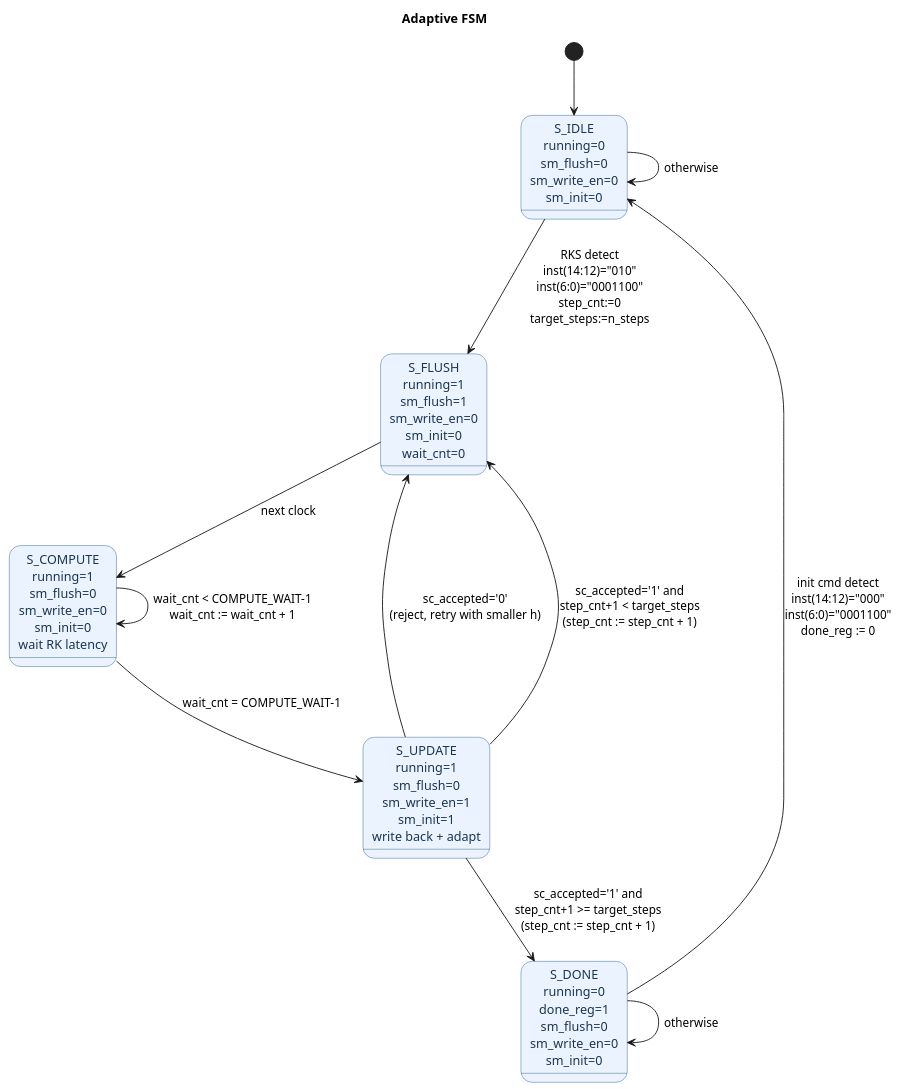
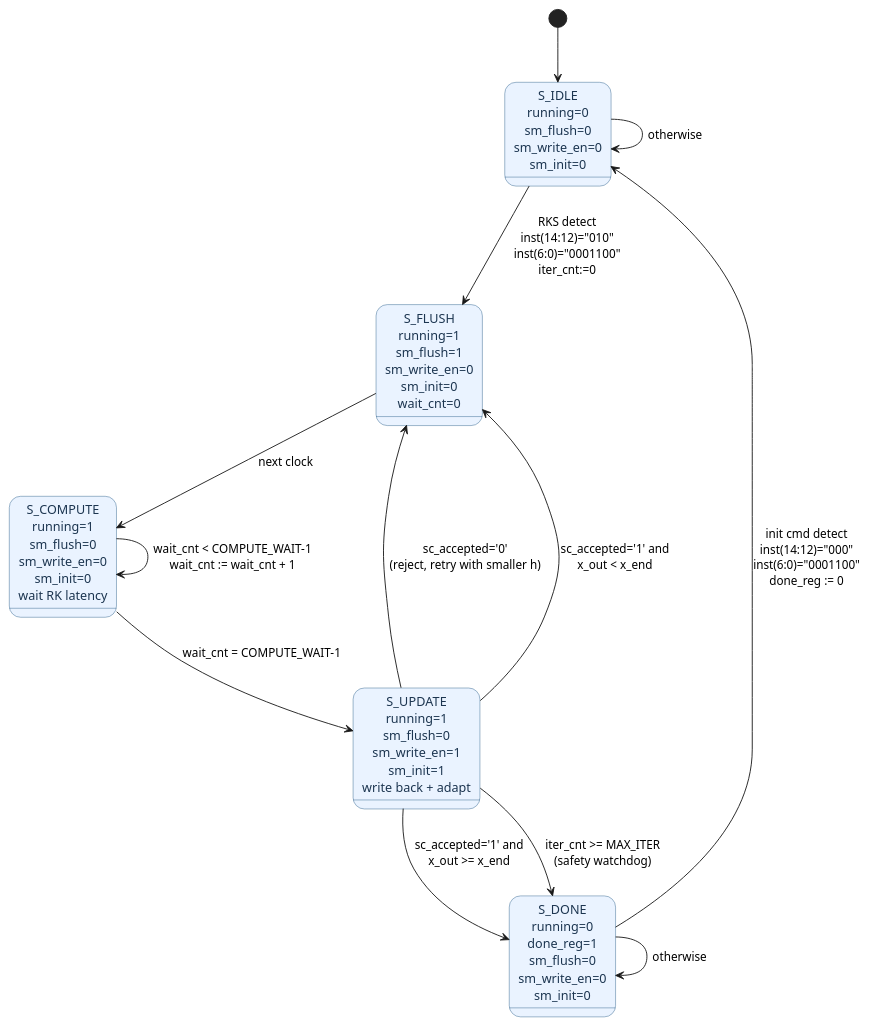
One commit to Dan2100/Runge-Kutta-45 changed the diagram in adaptive_fsm_state_diagram.puml. Above: the diagram before and after it, drawn with PlantUML. The commit also changed 57 other files, not shown here.

Commit message:
implement bouding instead of num_steps target

```diff
--- a/adaptive_fsm_state_diagram.puml
+++ b/adaptive_fsm_state_diagram.puml
@@ -1,33 +1,33 @@
 @startuml adaptive_fsm
-title Adaptive FSM
 
 skinparam state {
 	BackgroundColor #EAF3FF
 	BorderColor #2C5F8A
 	FontColor #1C3550
 }
 
 [*] --> S_IDLE
 
 state "S_IDLE\nrunning=0\nsm_flush=0\nsm_write_en=0\nsm_init=0" as S_IDLE
 state "S_FLUSH\nrunning=1\nsm_flush=1\nsm_write_en=0\nsm_init=0\nwait_cnt=0" as S_FLUSH
 state "S_COMPUTE\nrunning=1\nsm_flush=0\nsm_write_en=0\nsm_init=0\nwait RK latency" as S_COMPUTE
 state "S_UPDATE\nrunning=1\nsm_flush=0\nsm_write_en=1\nsm_init=1\nwrite back + adapt" as S_UPDATE
 state "S_DONE\nrunning=0\ndone_reg=1\nsm_flush=0\nsm_write_en=0\nsm_init=0" as S_DONE
 
-S_IDLE --> S_FLUSH : RKS detect\ninst(14:12)="010"\ninst(6:0)="0001100"\nstep_cnt:=0\ntarget_steps:=n_steps
+S_IDLE --> S_FLUSH : RKS detect\ninst(14:12)="010"\ninst(6:0)="0001100"\niter_cnt:=0
 S_IDLE --> S_IDLE : otherwise
 
 S_FLUSH --> S_COMPUTE : next clock
 
 S_COMPUTE --> S_COMPUTE : wait_cnt < COMPUTE_WAIT-1\nwait_cnt := wait_cnt + 1
 S_COMPUTE --> S_UPDATE : wait_cnt = COMPUTE_WAIT-1
 
 S_UPDATE --> S_FLUSH : sc_accepted='0'\n(reject, retry with smaller h)
-S_UPDATE --> S_FLUSH : sc_accepted='1' and\nstep_cnt+1 < target_steps\n(step_cnt := step_cnt + 1)
-S_UPDATE --> S_DONE : sc_accepted='1' and\nstep_cnt+1 >= target_steps\n(step_cnt := step_cnt + 1)
+S_UPDATE --> S_FLUSH : sc_accepted='1' and\nx_out < x_end
+S_UPDATE --> S_DONE : sc_accepted='1' and\nx_out >= x_end
+S_UPDATE --> S_DONE : iter_cnt >= MAX_ITER\n(safety watchdog)
 
 S_DONE --> S_IDLE : init cmd detect\ninst(14:12)="000"\ninst(6:0)="0001100"\ndone_reg := 0
 S_DONE --> S_DONE : otherwise
 
 @enduml
```
